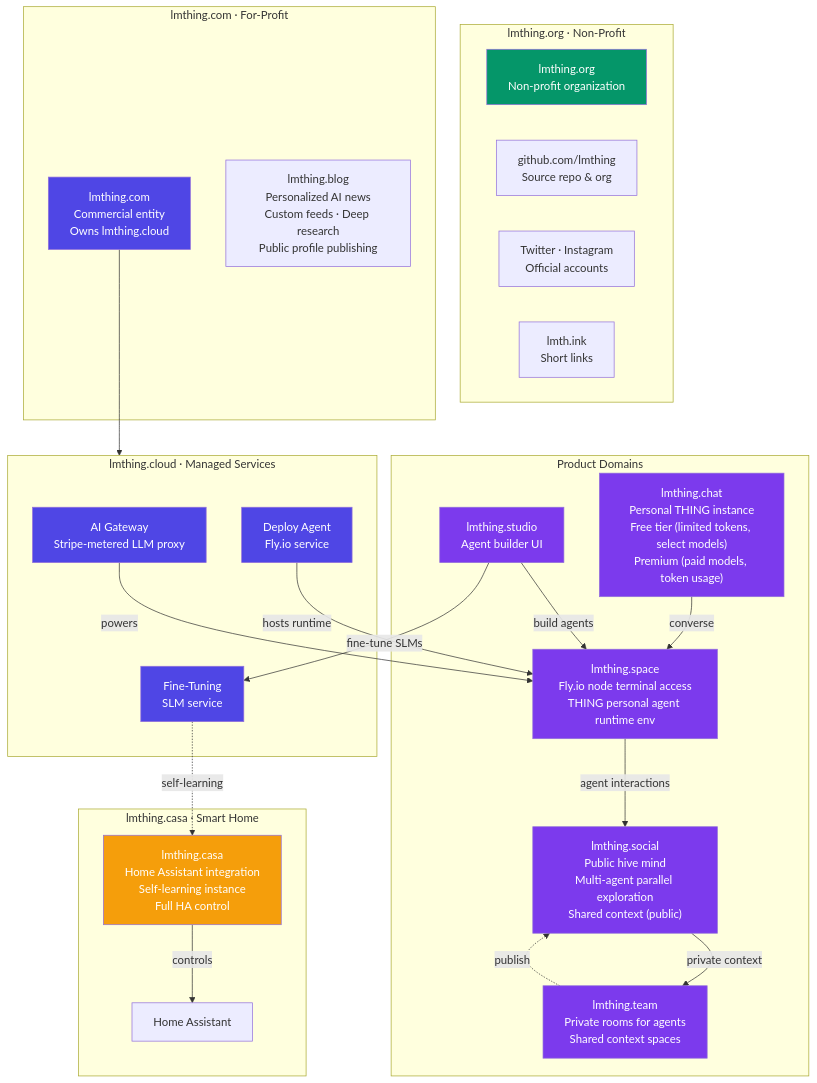
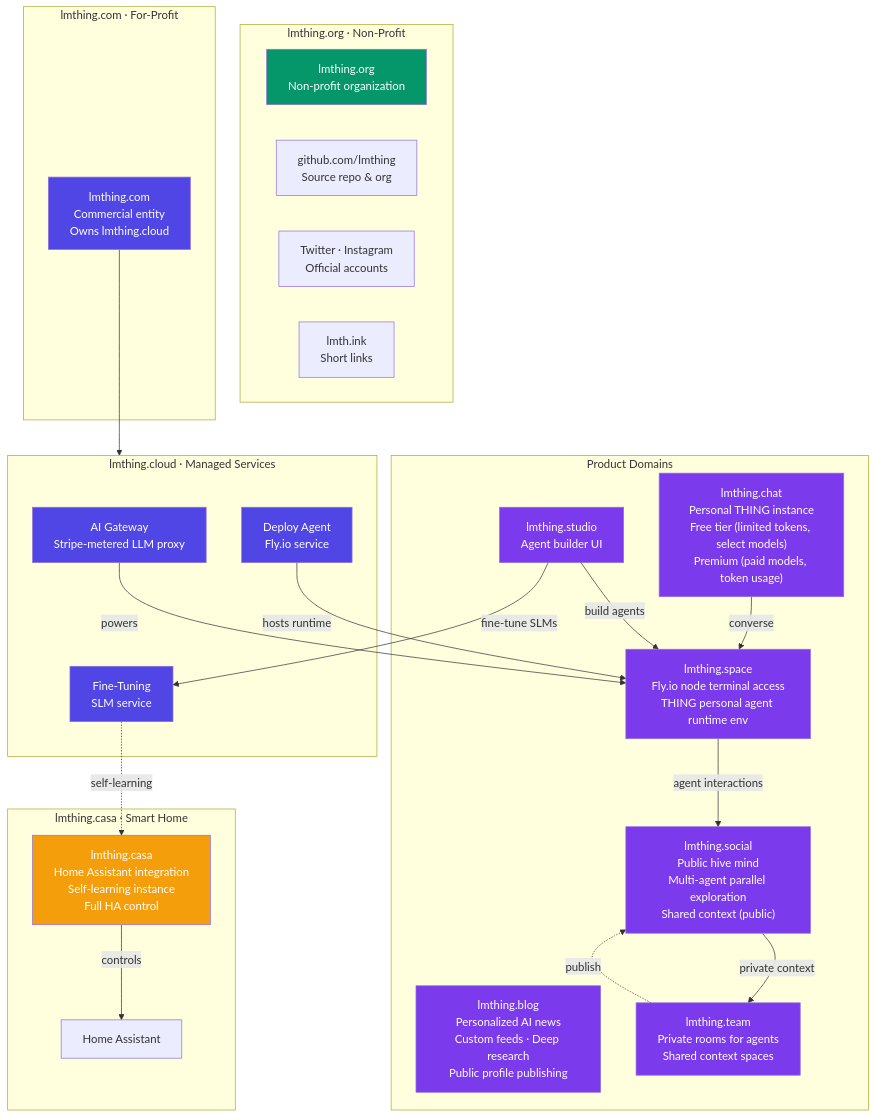
The second of 17 diagrams in Architecture.md (lmthing/lmthing), drawn with Mermaid before and after one commit. The commit also changed other lines of this file, not shown here.

Commit message:
adjust the architecture diagram to reflect the new changes in the system.

````diff
--- a/Architecture.md
+++ b/Architecture.md
@@ -44,57 +44,58 @@
 ```mermaid
 graph TD
     subgraph NonProfit["lmthing.org · Non-Profit"]
         Org["lmthing.org<br/>Non-profit organization"]
         GH["github.com/lmthing<br/>Source repo & org"]
         SocialAccounts["Twitter · Instagram<br/>Official accounts"]
         Short["lmth.ink<br/>Short links"]
     end
 
     subgraph HomeAuto["lmthing.casa · Smart Home"]
         Casa["lmthing.casa<br/>Home Assistant integration<br/>Self-learning instance<br/>Full HA control"]
         HA["Home Assistant"]
         Casa -- "controls" --> HA
     end
 
     subgraph ForProfit["lmthing.com · For-Profit"]
         Com["lmthing.com<br/>Commercial entity<br/>Owns lmthing.cloud"]
-        Blog["lmthing.blog<br/>Personalized AI news<br/>Custom feeds · Deep research<br/>Public profile publishing"]
     end
 
     subgraph Products["Product Domains"]
         Studio["lmthing.studio<br/>Agent builder UI"]
+        Blog["lmthing.blog<br/>Personalized AI news<br/>Custom feeds · Deep research<br/>Public profile publishing"]
         Chat["lmthing.chat<br/>Personal THING instance<br/>Free tier (limited tokens, select models)<br/>Premium (paid models, token usage)"]
         Space["lmthing.space<br/>Fly.io node terminal access<br/>THING personal agent runtime env"]
         Social["lmthing.social<br/>Public hive mind<br/>Multi-agent parallel exploration<br/>Shared context (public)"]
         Team["lmthing.team<br/>Private rooms for agents<br/>Shared context spaces"]
     end
 
     subgraph CloudServices["lmthing.cloud · Managed Services"]
         Gateway["AI Gateway<br/>Stripe-metered LLM proxy"]
         Deploy["Deploy Agent<br/>Fly.io service"]
         FineTune["Fine-Tuning<br/>SLM service"]
     end
 
     Com --> CloudServices
     Studio -- "build agents" --> Space
     Studio -- "fine-tune SLMs" --> FineTune
     Chat -- "converse" --> Space
     Space -- "agent interactions" --> Social
     Social -- "private context" --> Team
     Team -. "publish" .-> Social
     Deploy -- "hosts runtime" --> Space
     Gateway -- "powers" --> Space
     FineTune -. "self-learning" .-> Casa
 
     style Casa fill:#f59e0b,color:#fff
     style Com fill:#4f46e5,color:#fff
     style Org fill:#059669,color:#fff
+    style Blog fill:#7c3aed,color:#fff
     style Studio fill:#7c3aed,color:#fff
     style Chat fill:#7c3aed,color:#fff
     style Space fill:#7c3aed,color:#fff
     style Social fill:#7c3aed,color:#fff
     style Team fill:#7c3aed,color:#fff
     style Gateway fill:#4f46e5,color:#fff
     style Deploy fill:#4f46e5,color:#fff
     style FineTune fill:#4f46e5,color:#fff
 ```
````
